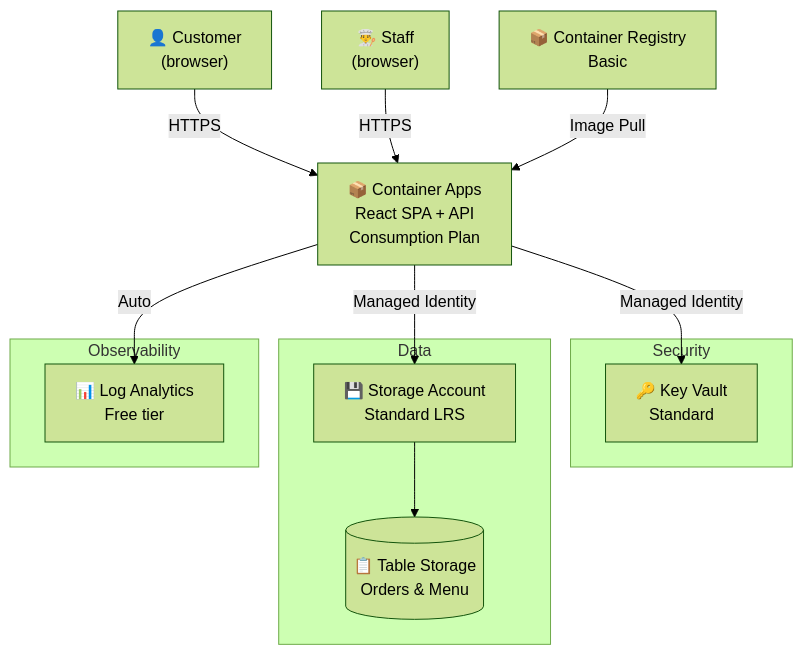
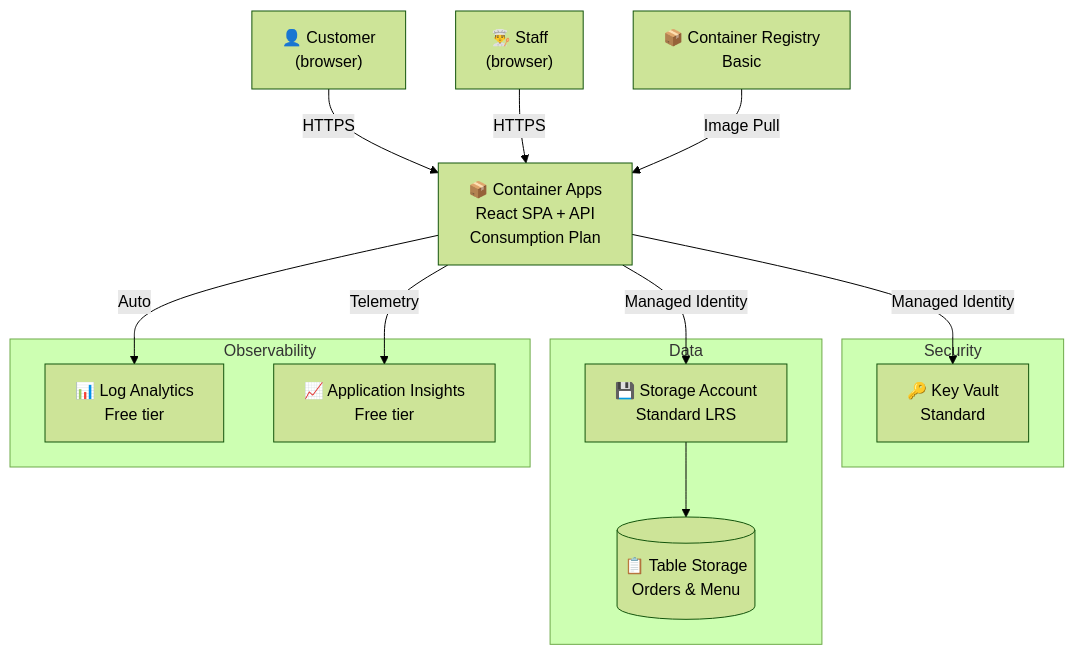
Before and after one commit to jonathan-vella/bmit-2026: the diagram in agent-output/malta-catering/02-architecture-assessment.md, drawn with Mermaid (forest theme). The commit also changed other lines of this file and 41 other files, not shown here.

````diff
--- a/agent-output/malta-catering/02-architecture-assessment.md
+++ b/agent-output/malta-catering/02-architecture-assessment.md
@@ -57,23 +57,25 @@
 ```mermaid
 flowchart TB
     Customer["👤 Customer<br/>(browser)"] -->|HTTPS| CA["📦 Container Apps<br/>React SPA + API<br/>Consumption Plan"]
     Staff["👨‍🍳 Staff<br/>(browser)"] -->|HTTPS| CA
     CA -->|Managed Identity| KV["🔑 Key Vault<br/>Standard"]
     CA -->|Managed Identity| ST["💾 Storage Account<br/>Standard LRS"]
     ST --> TBL[("📋 Table Storage<br/>Orders & Menu")]
     ACR["📦 Container Registry<br/>Basic"] -->|Image Pull| CA
     CA -->|Auto| LA["📊 Log Analytics<br/>Free tier"]
+    CA -->|Telemetry| AI["📈 Application Insights<br/>Free tier"]
 
     subgraph Security
         KV
     end
 
     subgraph Data
         ST
         TBL
     end
 
     subgraph Observability
         LA
+        AI
     end
 ```
````
